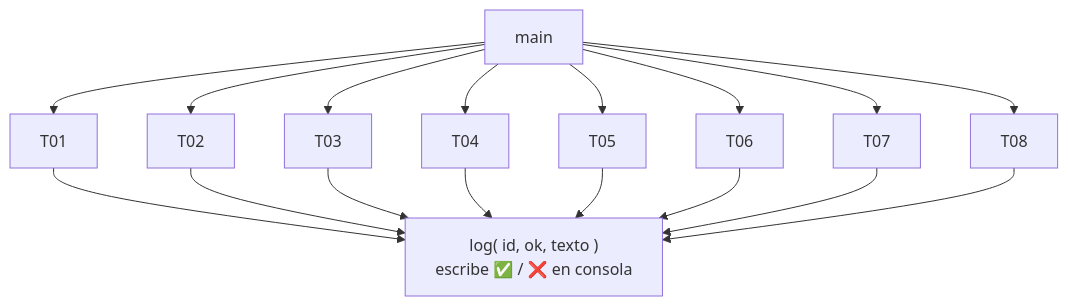
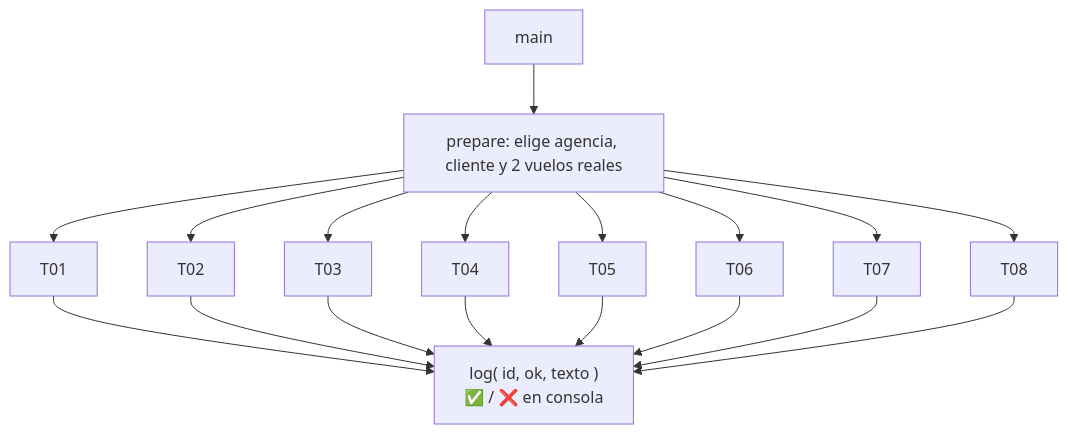
One commit to robergit88/ClaudeOutputs changed the third of 3 diagrams in Semana01_EML_Consumidor.md. Above: the diagram before and after it, drawn with Mermaid. The commit also changed other lines of this file, not shown here.

````diff
--- a/Semana01_EML_Consumidor.md
+++ b/Semana01_EML_Consumidor.md
@@ -60,5 +103,6 @@
 ```mermaid
 flowchart TD
-    M[main] --> T01 & T02 & T03 & T04 & T05 & T06 & T07 & T08
-    T01 & T02 & T03 & T04 & T05 & T06 & T07 & T08 --> LOG["log( id, ok, texto )<br/>escribe ✅ / ❌ en consola"]
+    M[main] --> P[prepare: elige agencia, cliente y 2 vuelos reales]
+    P --> T01 & T02 & T03 & T04 & T05 & T06 & T07 & T08
+    T01 & T02 & T03 & T04 & T05 & T06 & T07 & T08 --> LOG["log( id, ok, texto )<br/>✅ / ❌ en consola"]
 ```
````
